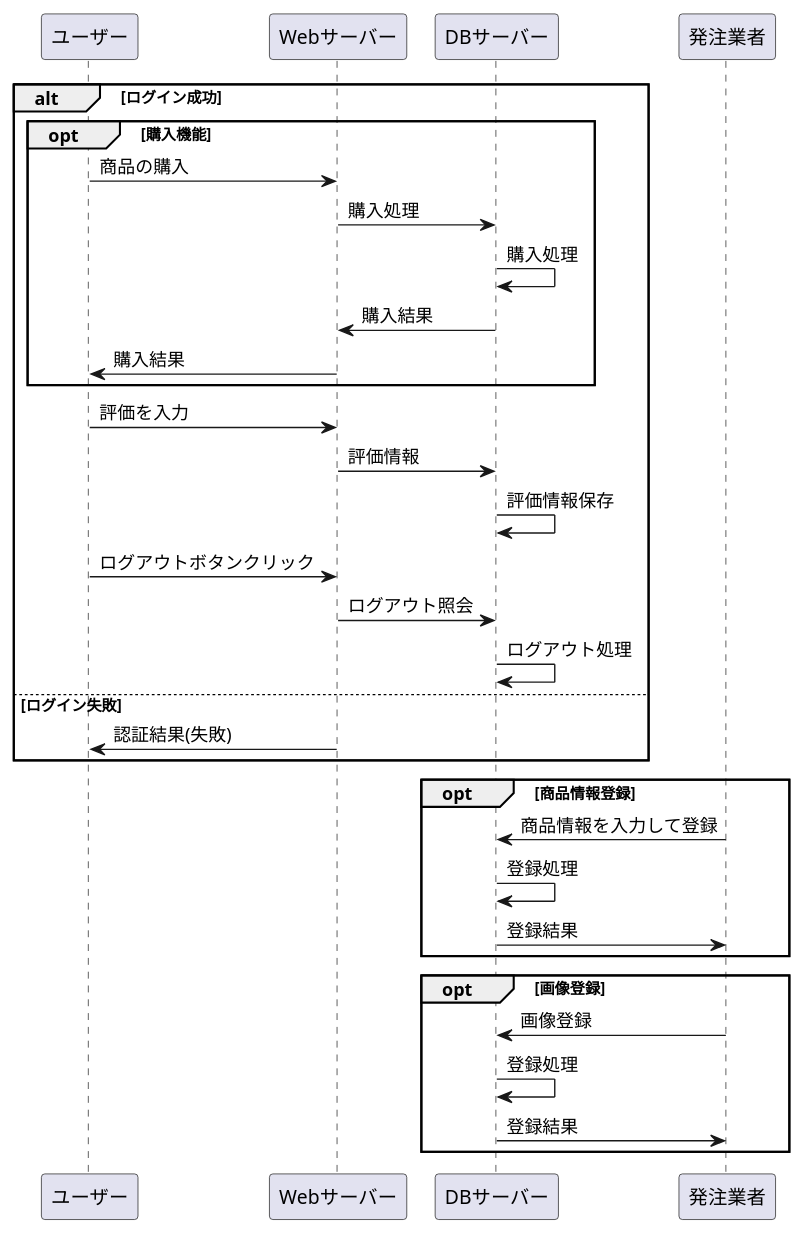
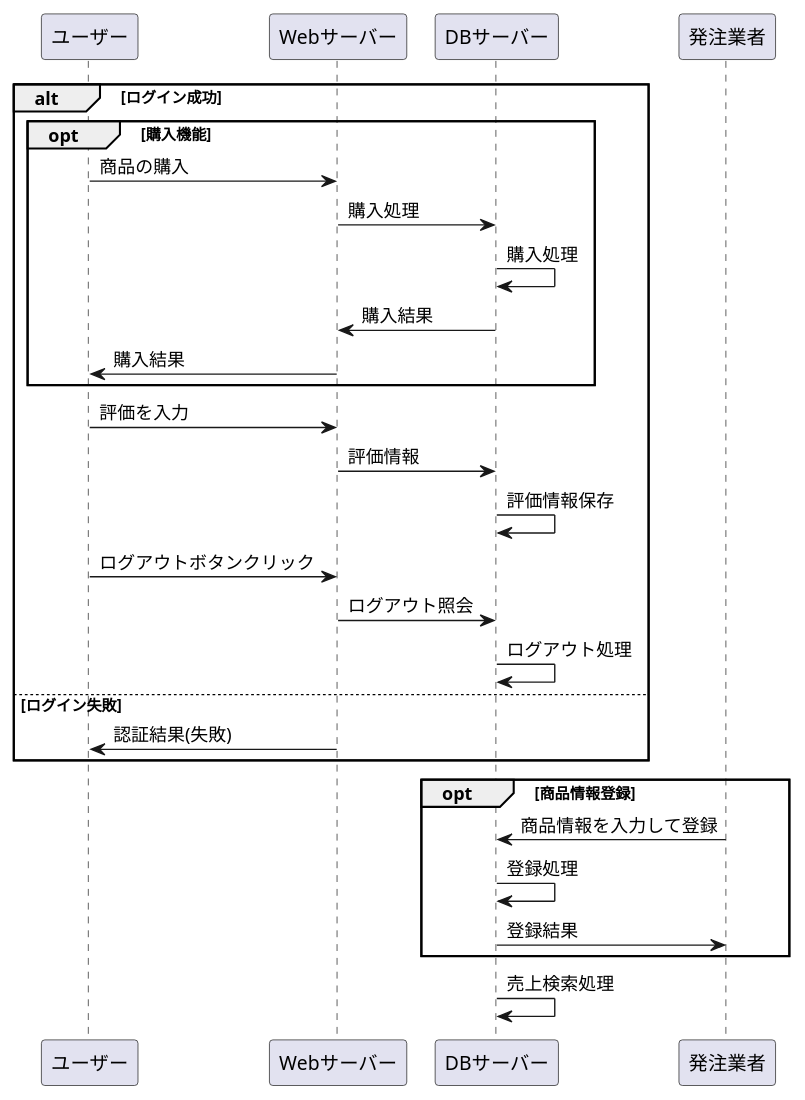
The diagram in cookjob1.md (Aso2001154/2021sys-design), drawn with PlantUML before and after one commit.

````diff
--- a/cookjob1.md
+++ b/cookjob1.md
@@ -1,31 +1,27 @@
 ```uml
 @startuml
 alt ログイン成功
 opt 購入機能
 ユーザー -> Webサーバー : 商品の購入
 Webサーバー -> DBサーバー : 購入処理
 DBサーバー -> DBサーバー : 購入処理
 DBサーバー -> Webサーバー : 購入結果
 Webサーバー -> ユーザー : 購入結果
 end
 ユーザー -> Webサーバー : 評価を入力
 Webサーバー -> DBサーバー : 評価情報
 DBサーバー -> DBサーバー : 評価情報保存
 ユーザー -> Webサーバー : ログアウトボタンクリック
 Webサーバー -> DBサーバー : ログアウト照会
 DBサーバー -> DBサーバー : ログアウト処理
 else ログイン失敗
 Webサーバー -> ユーザー : 認証結果(失敗)
 end
 opt 商品情報登録
 発注業者 -> DBサーバー : 商品情報を入力して登録
 DBサーバー -> DBサーバー : 登録処理
 DBサーバー -> 発注業者 : 登録結果
 end
-opt 画像登録
-発注業者 -> DBサーバー : 画像登録
-DBサーバー -> DBサーバー : 登録処理
-DBサーバー -> 発注業者 : 登録結果
-end
+DBサーバー -> DBサーバー : 売上検索処理
 @enduml
 ```
````
